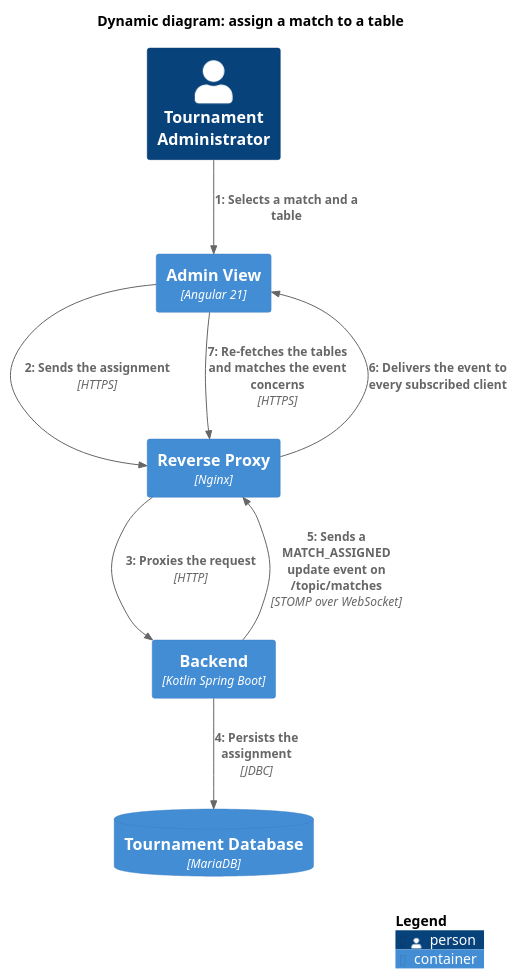
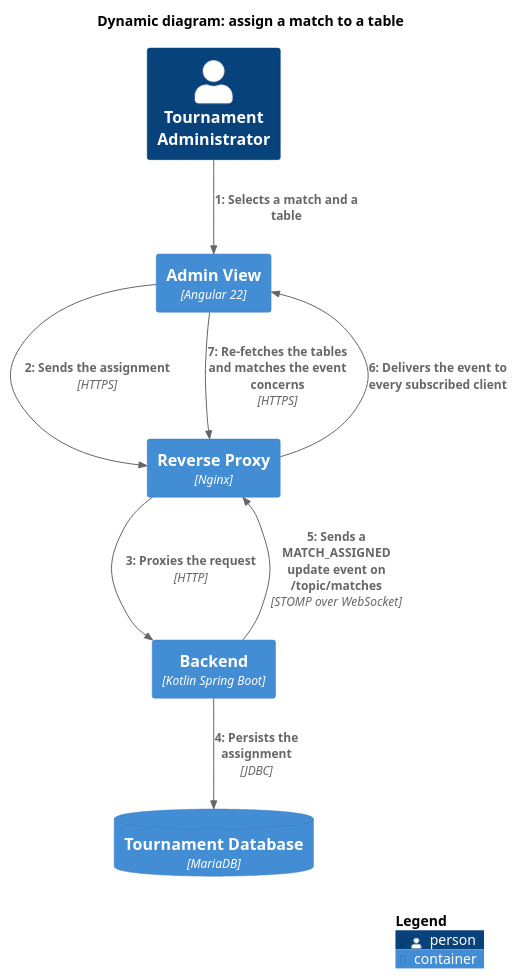
One commit to table-tennis-tournament/management-clients changed the diagram in docs/arc42/diagrams/dynamic-assign.puml. Above: the diagram before and after it, drawn with PlantUML. The commit also changed 9 other files, not shown here.

```diff
--- a/docs/arc42/diagrams/dynamic-assign.puml
+++ b/docs/arc42/diagrams/dynamic-assign.puml
@@ -1,21 +1,21 @@
 @startuml
 !include C4/C4_Dynamic.puml
 
 title Dynamic diagram: assign a match to a table
 
 Person(admin, "Tournament Administrator")
-Container(adminView, "Admin View", "Angular 21")
+Container(adminView, "Admin View", "Angular 22")
 Container(nginx, "Reverse Proxy", "Nginx")
 Container(backend, "Backend", "Kotlin Spring Boot")
 ContainerDb(mariadb, "Tournament Database", "MariaDB")
 
 RelIndex(1, admin, adminView, "Selects a match and a table")
 RelIndex(2, adminView, nginx, "Sends the assignment", "HTTPS")
 RelIndex(3, nginx, backend, "Proxies the request", "HTTP")
 RelIndex(4, backend, mariadb, "Persists the assignment", "JDBC")
 RelIndex(5, backend, nginx, "Sends a MATCH_ASSIGNED update event on /topic/matches", "STOMP over WebSocket")
 RelIndex(6, nginx, adminView, "Delivers the event to every subscribed client")
 RelIndex(7, adminView, nginx, "Re-fetches the tables and matches the event concerns", "HTTPS")
 
 SHOW_LEGEND()
 @enduml
```
